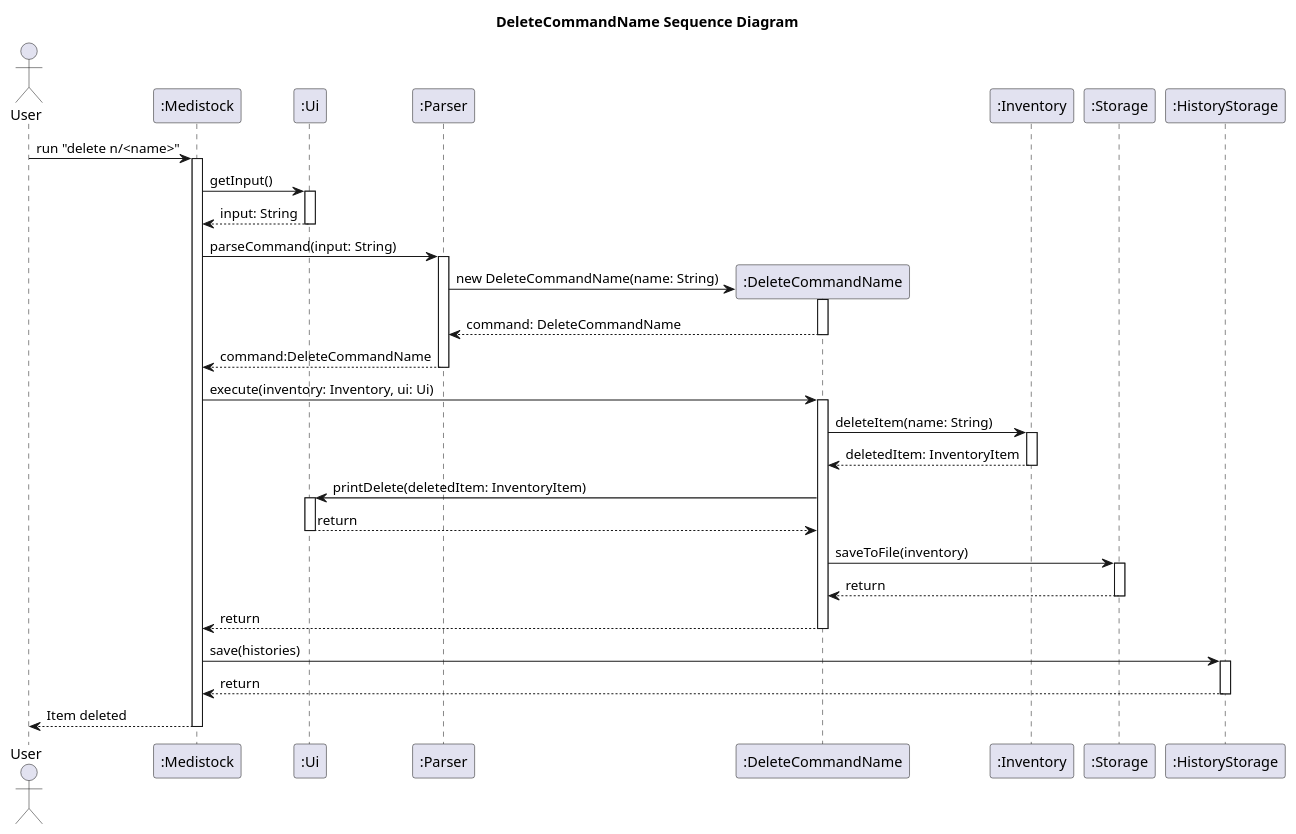
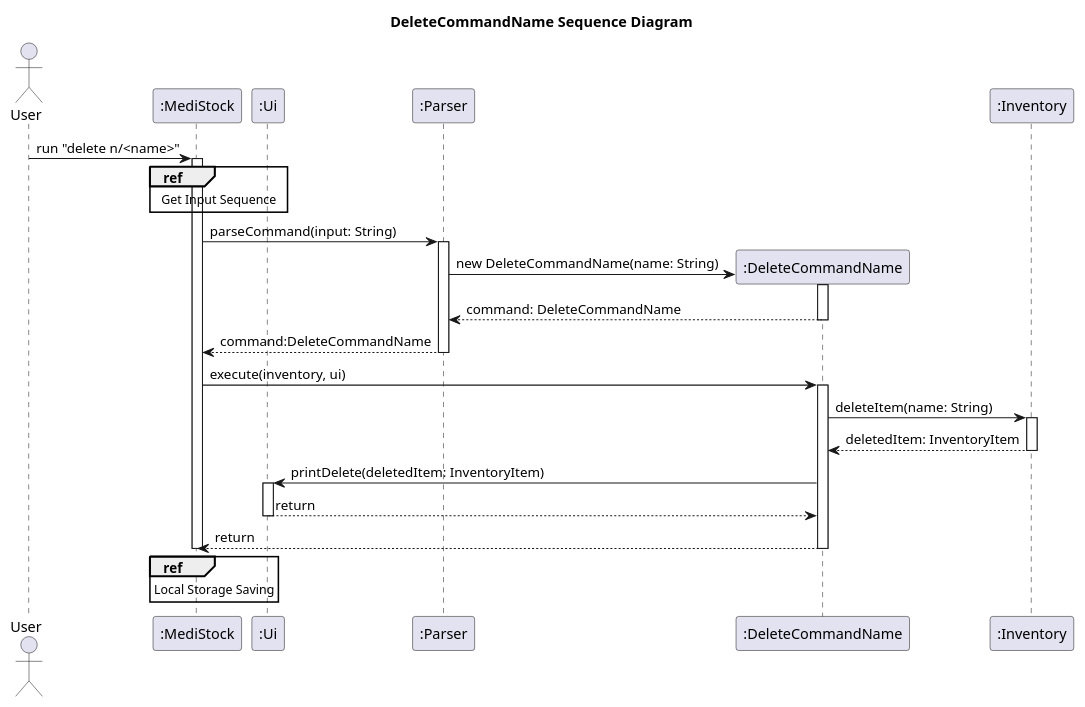
The diagram in docs/uml/DeleteCommandNameSequenceDiagram.puml (Yonish18/tp), drawn with PlantUML before and after one commit. The commit also changed 25 other files, not shown here.

First line of the commit message:
Updated DG to correct sequence diagrams.

```diff
--- a/docs/uml/DeleteCommandNameSequenceDiagram.puml
+++ b/docs/uml/DeleteCommandNameSequenceDiagram.puml
@@ -1,62 +1,50 @@
 @startuml
 title DeleteCommandName Sequence Diagram
 
 actor User
-participant ":Medistock" as App
+participant ":MediStock" as App
 participant ":Ui" as Ui
 participant ":Parser" as Parser
 participant ":DeleteCommandName" as DeleteCommandName
 participant ":Inventory" as Inventory
-participant ":Storage" as Storage
-participant ":HistoryStorage" as HistoryStorage
 
 User -> App : run "delete n/<name>"
 activate App
-
-App -> Ui : getInput()
-activate Ui
-Ui --> App : input: String
-deactivate Ui
+ref over App, Ui
+    Get Input Sequence
+end
 
 App -> Parser : parseCommand(input: String)
 activate Parser
 
 create DeleteCommandName
 Parser -> DeleteCommandName : new DeleteCommandName(name: String)
 activate DeleteCommandName
 DeleteCommandName --> Parser : command: DeleteCommandName
 deactivate DeleteCommandName
 
 Parser --> App : command:DeleteCommandName
 deactivate Parser
 
-App -> DeleteCommandName : execute(inventory: Inventory, ui: Ui)
+App -> DeleteCommandName : execute(inventory, ui)
 activate DeleteCommandName
 
 DeleteCommandName -> Inventory : deleteItem(name: String)
 activate Inventory
 
 Inventory --> DeleteCommandName : deletedItem: InventoryItem
 deactivate Inventory
 
 DeleteCommandName -> Ui : printDelete(deletedItem: InventoryItem)
 activate Ui
 Ui --> DeleteCommandName : return
 deactivate Ui
 
-DeleteCommandName -> Storage : saveToFile(inventory)
-activate Storage
-Storage --> DeleteCommandName : return
-deactivate Storage
-
 DeleteCommandName --> App : return
 deactivate DeleteCommandName
 
-App -> HistoryStorage : save(histories)
-activate HistoryStorage
-HistoryStorage --> App : return
-deactivate HistoryStorage
-
-App --> User : Item deleted
+ref over App
+    Local Storage Saving
+end
 deactivate App
 @enduml
```
